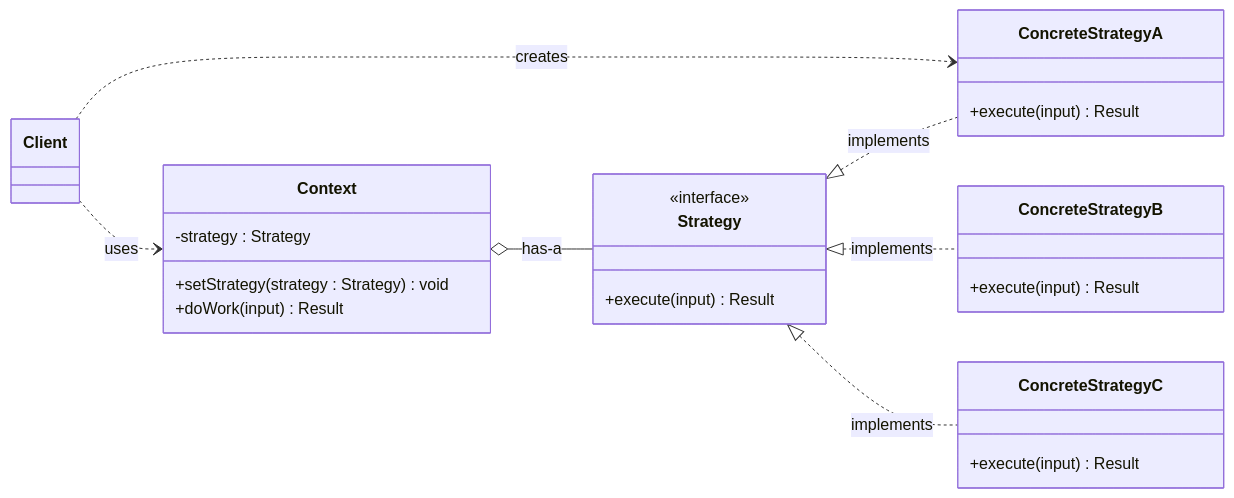
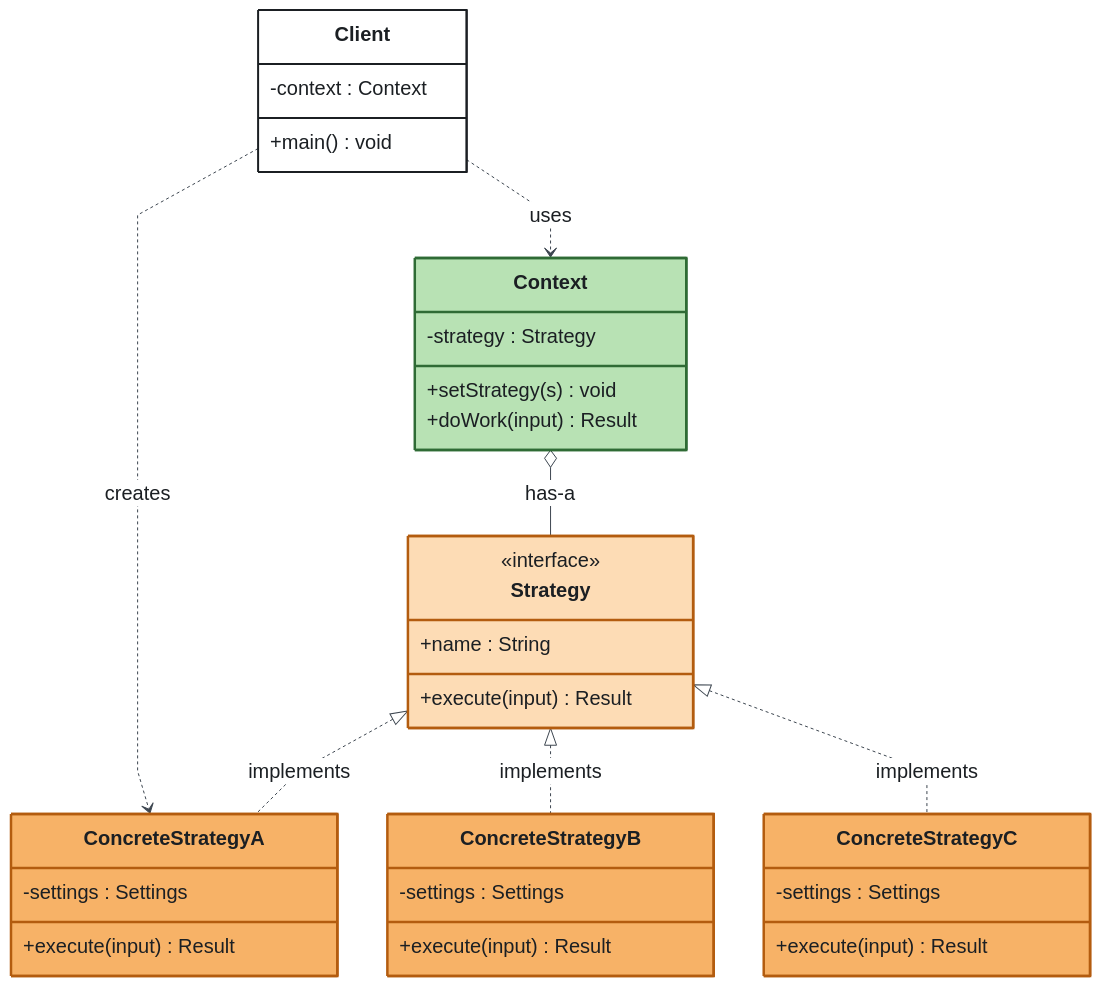
One commit to enok/design-pattern-strategy changed the diagram in docs/diagrams/strategy-generic-class.mmd. Above: the diagram before and after it, drawn with Mermaid. The commit also changed 33 other files, not shown here.

First line of the commit message:
docs: restyle diagrams, add code-by-component page (#2)

```diff
--- a/docs/diagrams/strategy-generic-class.mmd
+++ b/docs/diagrams/strategy-generic-class.mmd
@@ -1,27 +1,41 @@
+%%{init: {"theme": "base", "themeVariables": {"fontFamily": "Arial, Helvetica, sans-serif", "fontSize": "20px", "background": "#FFFFFF", "primaryColor": "#FFFFFF", "primaryBorderColor": "#1B1F23", "primaryTextColor": "#1B1F23", "secondaryColor": "#FDDCB5", "tertiaryColor": "#F5F7FA", "lineColor": "#3D4650", "textColor": "#1B1F23", "mainBkg": "#FFFFFF", "nodeBorder": "#1B1F23", "clusterBkg": "#F5F7FA", "clusterBorder": "#9AA5B1", "edgeLabelBackground": "#FFFFFF", "noteBkgColor": "#FFF6D6", "noteBorderColor": "#B8860B", "noteTextColor": "#1B1F23", "actorBkg": "#B8E2B4", "actorBorder": "#2F6B35", "actorTextColor": "#1B1F23", "actorLineColor": "#7A8794", "signalColor": "#3D4650", "signalTextColor": "#1B1F23", "labelBoxBkgColor": "#F5F7FA", "labelBoxBorderColor": "#7A8794", "labelTextColor": "#1B1F23", "loopTextColor": "#1B1F23", "activationBkgColor": "#DDEFDB", "activationBorderColor": "#2F6B35", "sequenceNumberColor": "#FFFFFF", "classText": "#1B1F23"}, "flowchart": {"curve": "linear", "nodeSpacing": 50, "rankSpacing": 60, "padding": 16, "htmlLabels": false}, "sequence": {"actorMargin": 50, "messageMargin": 38, "boxMargin": 10, "noteMargin": 10, "mirrorActors": false, "useMaxWidth": false}, "class": {"padding": 12, "htmlLabels": false}, "fontFamily": "Arial, Helvetica, sans-serif"}}%%
 classDiagram
-    direction LR
-    class Client
+    direction TB
+    class Client {
+        -context : Context
+        +main() void
+    }
     class Context {
         -strategy : Strategy
-        +setStrategy(strategy : Strategy) void
+        +setStrategy(s) void
         +doWork(input) Result
     }
     class Strategy {
         <<interface>>
+        +name : String
         +execute(input) Result
     }
     class ConcreteStrategyA {
+        -settings : Settings
         +execute(input) Result
     }
     class ConcreteStrategyB {
+        -settings : Settings
         +execute(input) Result
     }
     class ConcreteStrategyC {
+        -settings : Settings
         +execute(input) Result
     }
     Client ..> Context : uses
     Client ..> ConcreteStrategyA : creates
     Context o-- Strategy : has-a
     Strategy <|.. ConcreteStrategyA : implements
     Strategy <|.. ConcreteStrategyB : implements
     Strategy <|.. ConcreteStrategyC : implements
+    style Client fill:#FFFFFF,stroke:#1B1F23,stroke-width:2px
+    style Context fill:#B8E2B4,stroke:#2F6B35,stroke-width:2.5px
+    style Strategy fill:#FDDCB5,stroke:#B35C0F,stroke-width:2.5px
+    style ConcreteStrategyA fill:#F7B267,stroke:#B35C0F,stroke-width:2.5px
+    style ConcreteStrategyB fill:#F7B267,stroke:#B35C0F,stroke-width:2.5px
+    style ConcreteStrategyC fill:#F7B267,stroke:#B35C0F,stroke-width:2.5px
```
